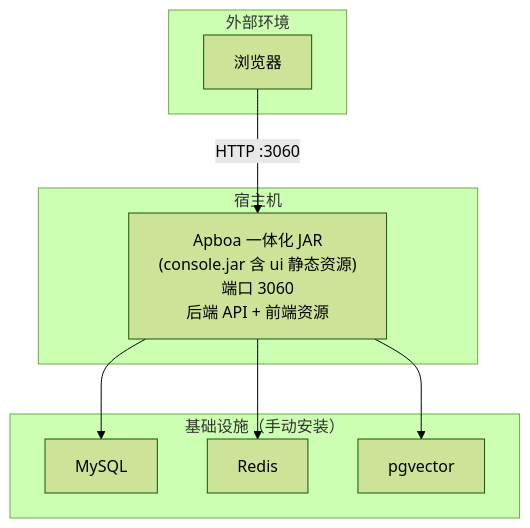
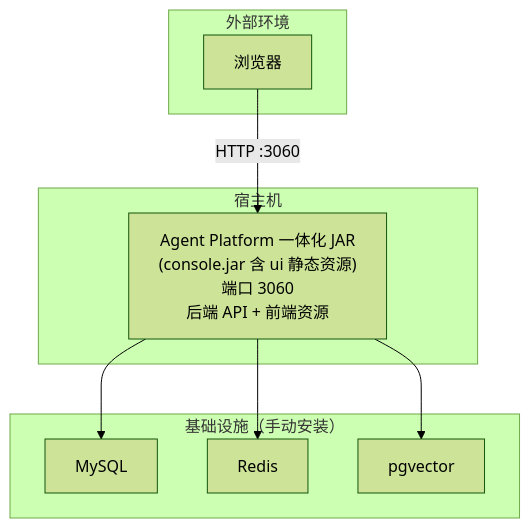
Before and after one commit to frankrich92/agent-platform: the second of 5 diagrams in source/agent-platform-ui/src/doc/content/build-doc/index.md, drawn with Mermaid (forest theme). The commit also changed other lines of this file and 53 other files, not shown here.

````diff
--- a/source/agent-platform-ui/src/doc/content/build-doc/index.md
+++ b/source/agent-platform-ui/src/doc/content/build-doc/index.md
@@ -211,21 +211,21 @@
 ```mermaid
 graph TD
     subgraph External["外部环境"]
         Browser["浏览器"]
     end
 
     subgraph Host["宿主机"]
-        Monolith["Apboa 一体化 JAR\n(console.jar 含 ui 静态资源)\n端口 3060\n后端 API + 前端资源"]
+        Monolith["Agent Platform 一体化 JAR\n(console.jar 含 ui 静态资源)\n端口 3060\n后端 API + 前端资源"]
     end
 
     subgraph Infrastructure["基础设施（手动安装）"]
         MySQL["MySQL"]
         Redis["Redis"]
         Pgvector["pgvector"]
     end
 
     Browser -->|"HTTP :3060"| Monolith
     Monolith --> MySQL
     Monolith --> Redis
     Monolith --> Pgvector
 ```
````
